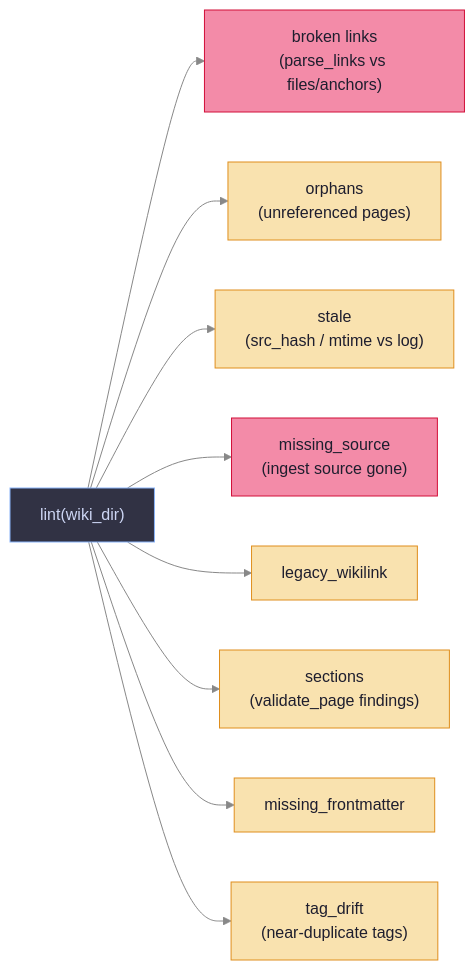
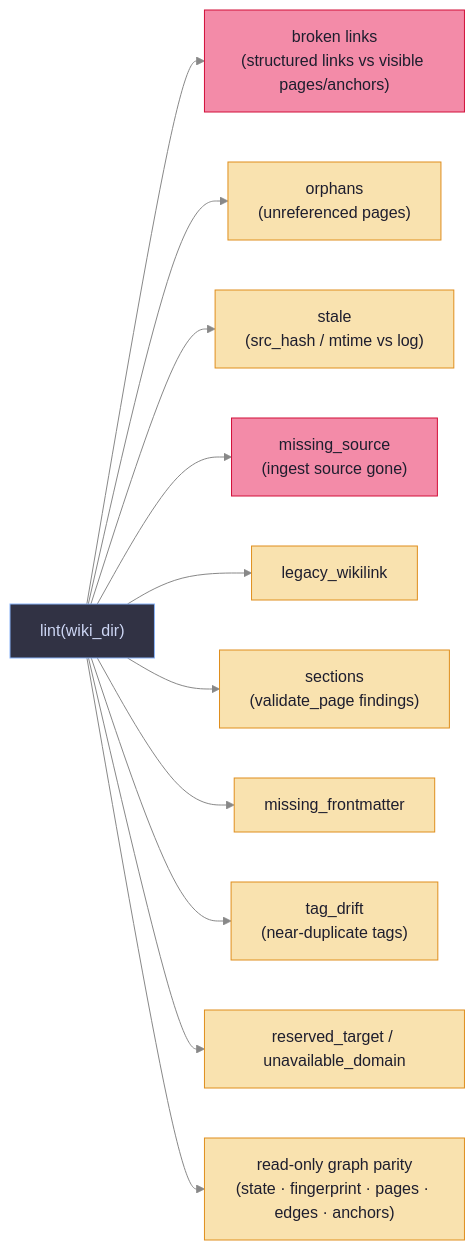
Diagram 21 of 21 in docs/architecture.md (ikeniborn/iwiki-mcp), drawn with Mermaid before and after one commit. The commit also changed other lines of this file and 10 other files, not shown here.

Commit message:
docs: document SQLite graph retrieval

````diff
--- a/docs/architecture.md
+++ b/docs/architecture.md
@@ -632,17 +639,19 @@
 ```mermaid
 %%{init: {'theme': 'base', 'themeVariables': {'background': '#1e1e2e', 'primaryColor': '#313244', 'primaryTextColor': '#cdd6f4', 'primaryBorderColor': '#89b4fa', 'lineColor': '#888888'}}}%%
 flowchart LR
-    L["lint(wiki_dir)"] --> B["broken links<br/>(parse_links vs files/anchors)"]
+    L["lint(wiki_dir)"] --> B["broken links<br/>(structured links vs visible pages/anchors)"]
     L --> O["orphans<br/>(unreferenced pages)"]
     L --> S["stale<br/>(src_hash / mtime vs log)"]
     L --> MS["missing_source<br/>(ingest source gone)"]
     L --> LW["legacy_wikilink"]
     L --> SEC["sections<br/>(validate_page findings)"]
     L --> MF["missing_frontmatter"]
     L --> TD["tag_drift<br/>(near-duplicate tags)"]
+    L --> RT["reserved_target / unavailable_domain"]
+    L --> GP["read-only graph parity<br/>(state · fingerprint · pages · edges · anchors)"]
 
     classDef actionable fill:#f38ba8,color:#1e1e2e,stroke:#d20f39
     classDef other fill:#f9e2af,color:#1e1e2e,stroke:#df8e1d
     class B,MS actionable
-    class O,S,LW,SEC,MF,TD other
+    class O,S,LW,SEC,MF,TD,RT,GP other
 ```
````
